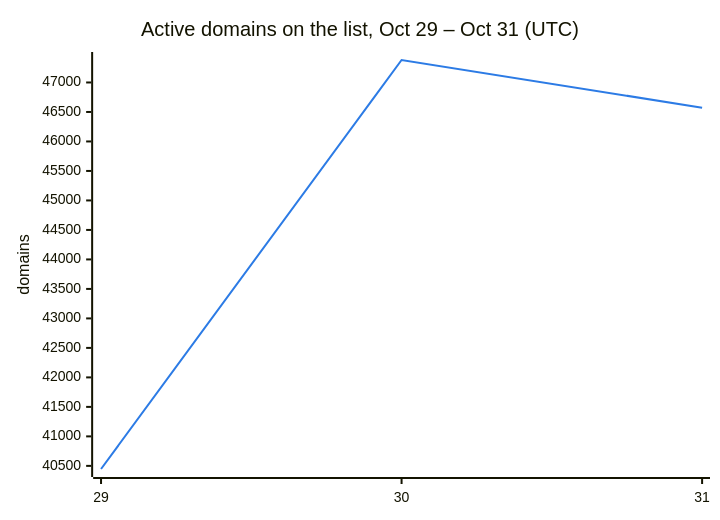
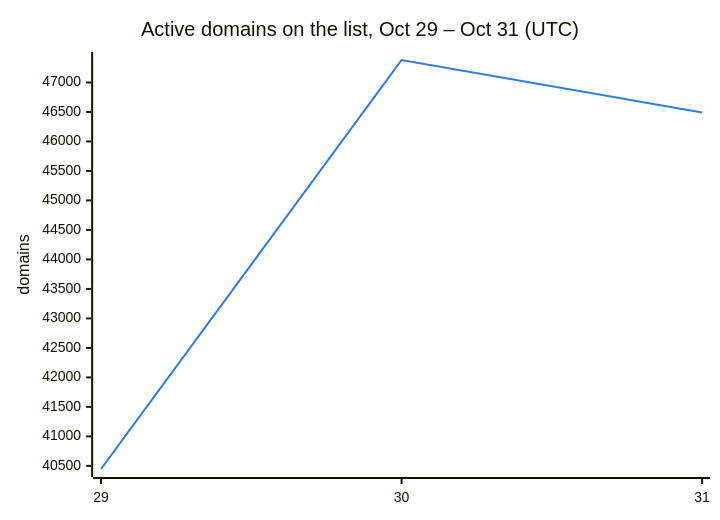
One commit to DNSBunker/CTI changed the second of 3 diagrams in README.md. Above: the diagram before and after it, drawn with Mermaid. The commit also changed other lines of this file and 3 other files, not shown here.

````diff
--- a/README.md
+++ b/README.md
@@ -38,8 +38,8 @@
 ```mermaid
 %%{init: {"themeVariables": {"xyChart": {"plotColorPalette": "#2c7be5"}}}}%%
 xychart-beta
     title "Active domains on the list, Oct 29 – Oct 31 (UTC)"
     x-axis ["29", "30", "31"]
     y-axis "domains"
-    line [40447, 47381, 46572]
+    line [40447, 47381, 46490]
 ```
````
